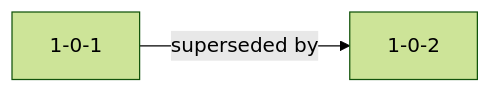
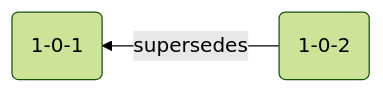
One commit to snowplow/documentation changed the fifth of 11 diagrams in docs/understanding-tracking-design/versioning-your-data-structures/amending/index.md. Above: the diagram before and after it, drawn with Mermaid (forest theme). The commit also changed other lines of this file, not shown here.

````diff
--- a/docs/understanding-tracking-design/versioning-your-data-structures/amending/index.md
+++ b/docs/understanding-tracking-design/versioning-your-data-structures/amending/index.md
@@ -246,4 +271,4 @@
 ```mermaid
-flowchart LR
-  v101["1-0-1"] -- "superseded by" --> v102["1-0-2"]
+flowchart RL
+  v102("1-0-2") -->|supersedes| v101("1-0-1")
 ```
````
